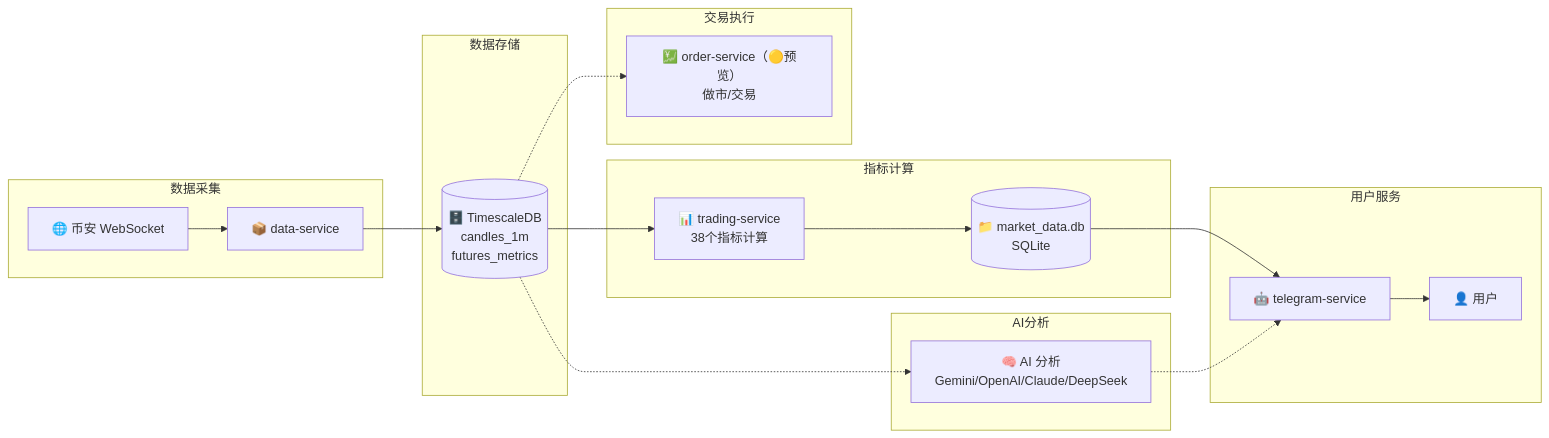
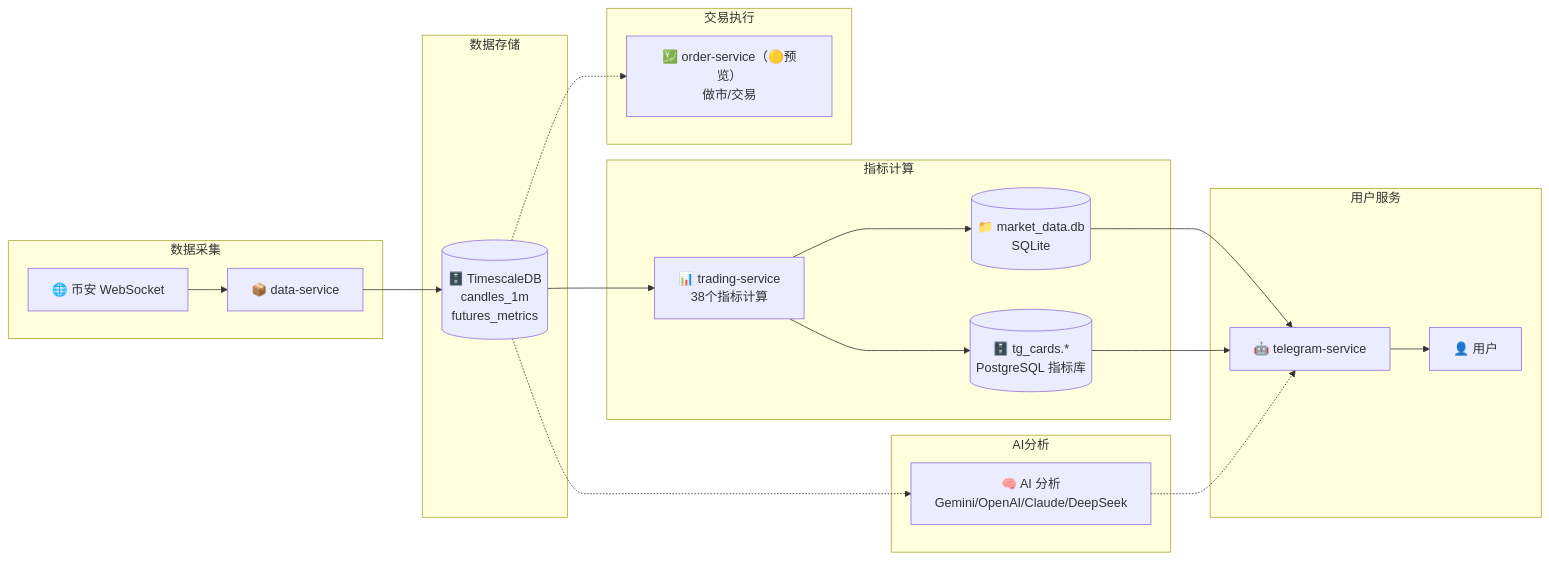
The second of 2 diagrams in README.md (RogerYet/tradecat), drawn with Mermaid before and after one commit. The commit also changed other lines of this file and 7 other files, not shown here.

````diff
--- a/README.md
+++ b/README.md
@@ -540,29 +546,31 @@
 ```mermaid
 graph LR
     subgraph 数据采集
         A["🌐 币安 WebSocket"] --> B["📦 data-service"]
     end
     
     subgraph 数据存储
         B --> C[("🗄️ TimescaleDB<br>candles_1m<br>futures_metrics")]
     end
     
     subgraph 指标计算
         C --> D["📊 trading-service<br>38个指标计算"]
-        D --> E[("📁 market_data.db<br>SQLite")]
+        D --> E1[("📁 market_data.db<br>SQLite")]
+        D --> E2[("🗄️ tg_cards.*<br>PostgreSQL 指标库")]
     end
     
     subgraph 用户服务
-        E --> F["🤖 telegram-service"]
+        E1 --> F["🤖 telegram-service"]
+        E2 --> F
         F --> G["👤 用户"]
     end
     
     subgraph AI分析
         C -.-> H["🧠 AI 分析<br>Gemini/OpenAI/Claude/DeepSeek"]
         H -.-> F
     end
     
     subgraph 交易执行
         C -.-> I["💹 order-service（🟡预览）<br>做市/交易"]
     end
 ```
````
